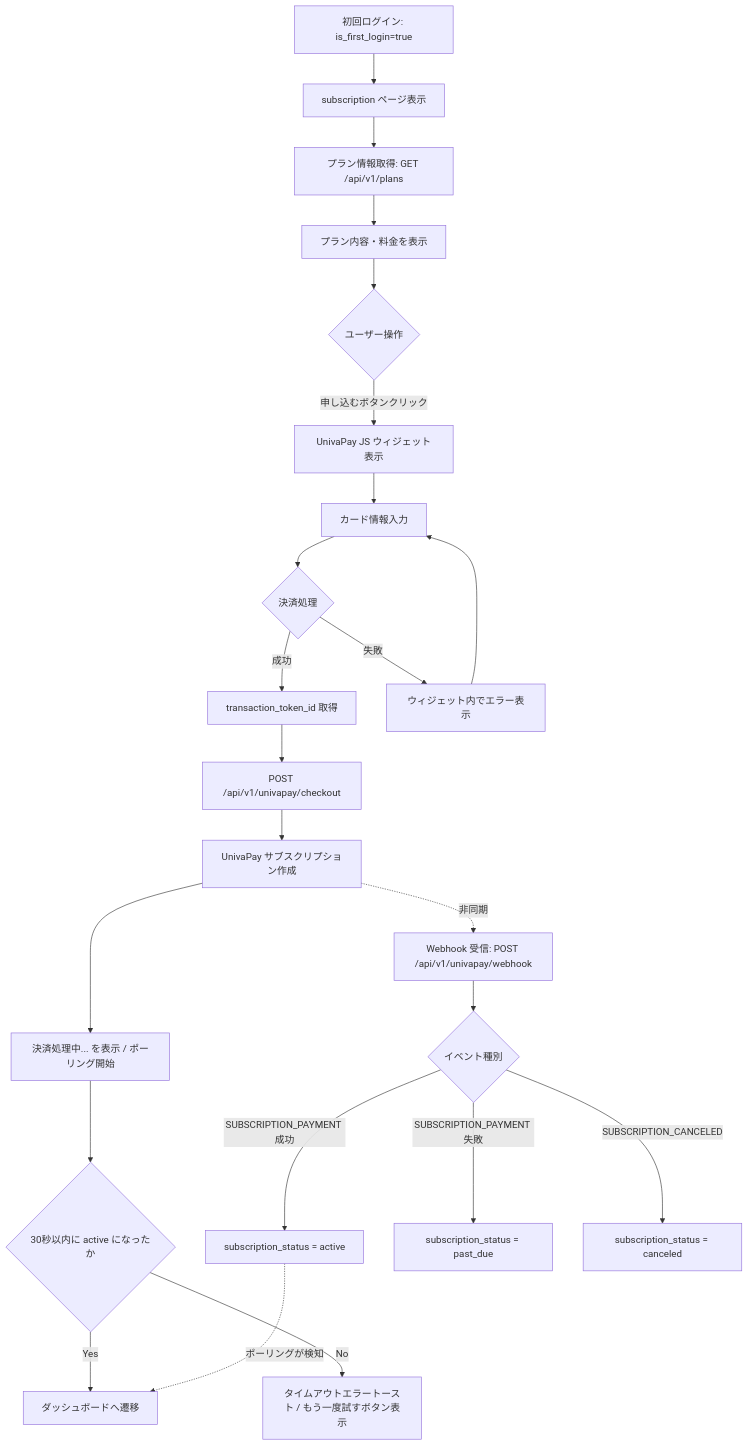
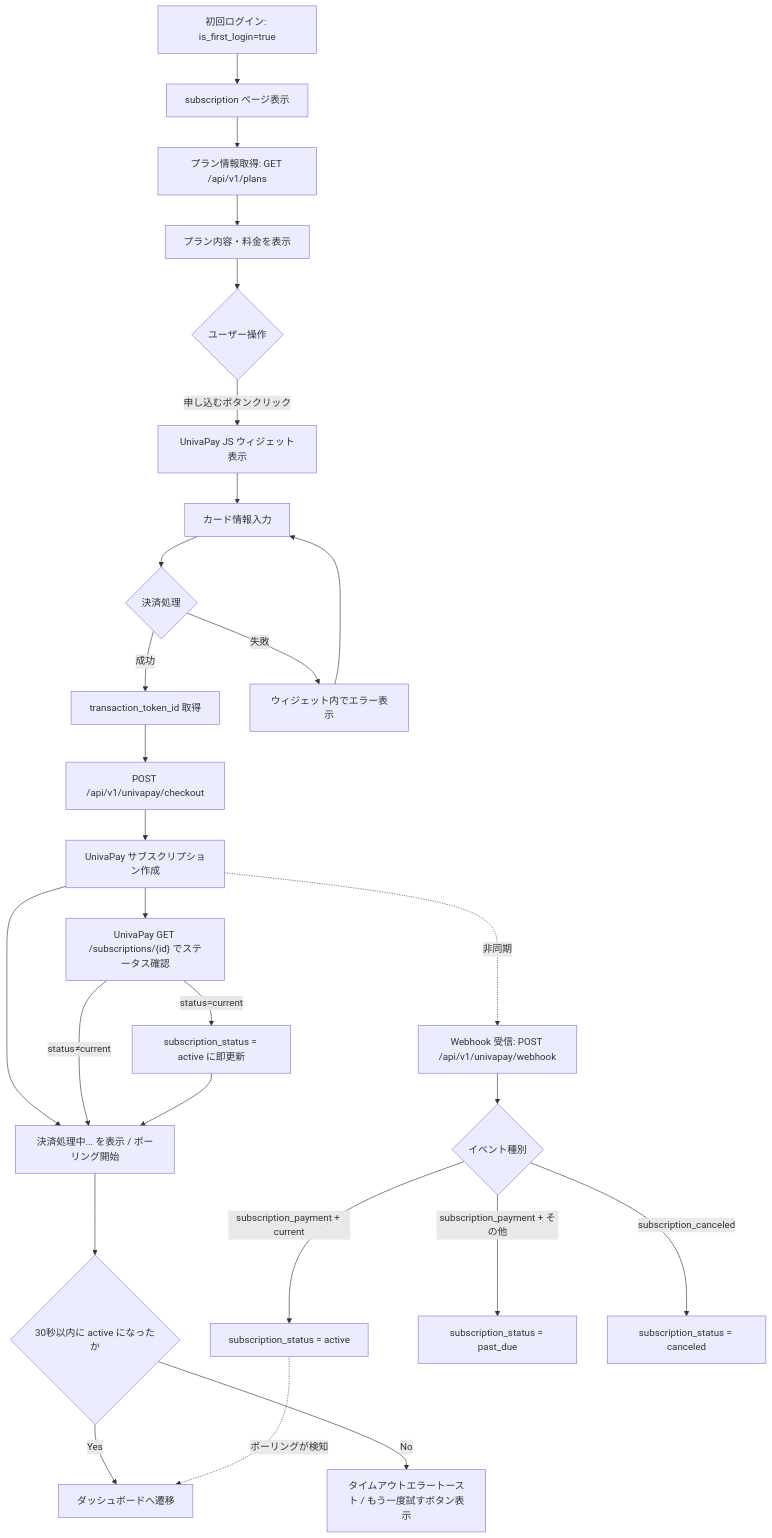
Before and after one commit to RRRRRRR-777/SikouLab: the second of 3 diagrams in docs/functions/subscription/checkout.md, drawn with Mermaid. The commit also changed other lines of this file and 1 other file, not shown here.

````diff
--- a/docs/functions/subscription/checkout.md
+++ b/docs/functions/subscription/checkout.md
@@ -112,27 +112,33 @@
 ```mermaid
 flowchart TD
     A["初回ログイン: is_first_login=true"] --> B["subscription ページ表示"]
     B --> C["プラン情報取得: GET /api/v1/plans"]
     C --> D[プラン内容・料金を表示]
     D --> E{ユーザー操作}
     E -->|申し込むボタンクリック| F[UnivaPay JS ウィジェット表示]
     F --> G[カード情報入力]
     G --> H{決済処理}
     H -->|成功| I[transaction_token_id 取得]
     H -->|失敗| J[ウィジェット内でエラー表示]
     J --> G
     I --> K["POST /api/v1/univapay/checkout"]
     K --> L[UnivaPay サブスクリプション作成]
     L --> M["決済処理中... を表示 / ポーリング開始"]
     M --> N{30秒以内に active になったか}
     N -->|Yes| O[ダッシュボードへ遷移]
     N -->|No| P["タイムアウトエラートースト / もう一度試すボタン表示"]
 
+    %% Checkout後のステータス即時確認（レースコンディション対策）
+    L --> L2["UnivaPay GET /subscriptions/{id} でステータス確認"]
+    L2 -->|status=current| L3["subscription_status = active に即更新"]
+    L2 -->|status≠current| M
+    L3 --> M
+
     %% 非同期: Webhook
     L -.->|非同期| Q["Webhook 受信: POST /api/v1/univapay/webhook"]
     Q --> R{イベント種別}
-    R -->|SUBSCRIPTION_PAYMENT 成功| S["subscription_status = active"]
-    R -->|SUBSCRIPTION_PAYMENT 失敗| T["subscription_status = past_due"]
-    R -->|SUBSCRIPTION_CANCELED| U["subscription_status = canceled"]
+    R -->|subscription_payment + current| S["subscription_status = active"]
+    R -->|subscription_payment + その他| T["subscription_status = past_due"]
+    R -->|subscription_canceled| U["subscription_status = canceled"]
     S -.->|ポーリングが検知| O
 ```
````
